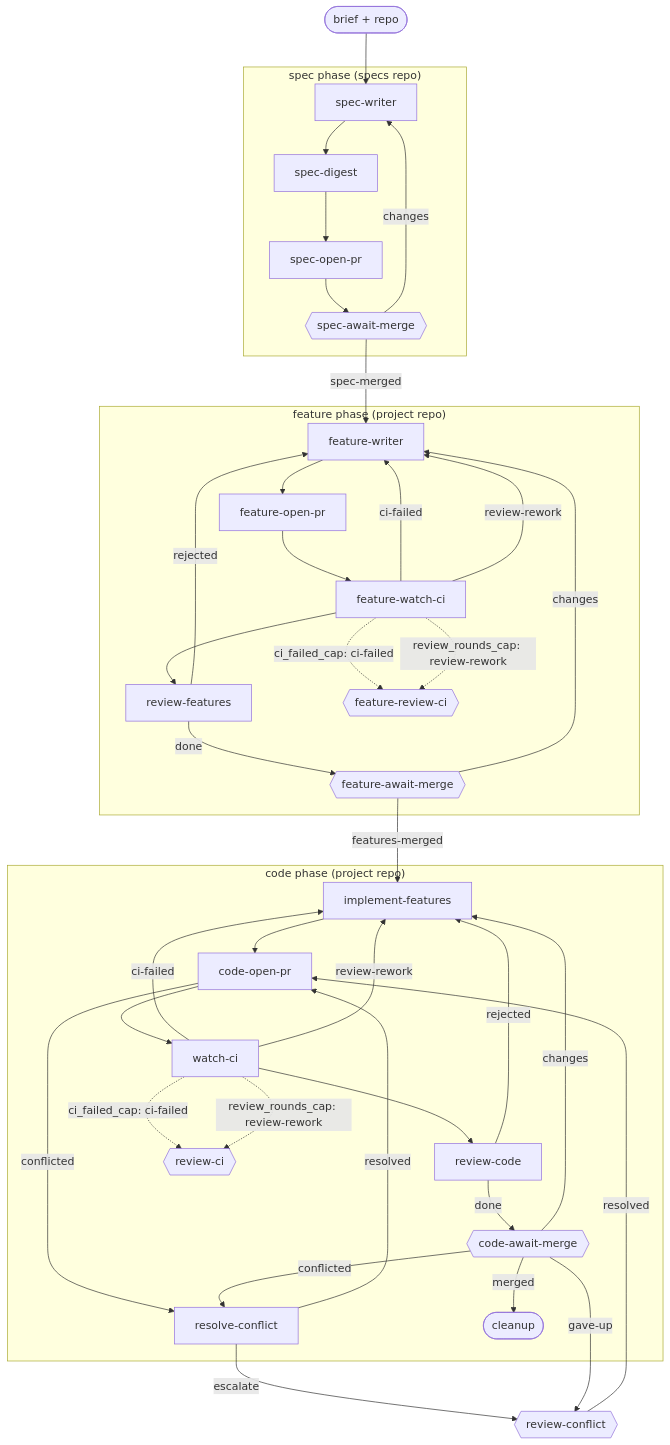
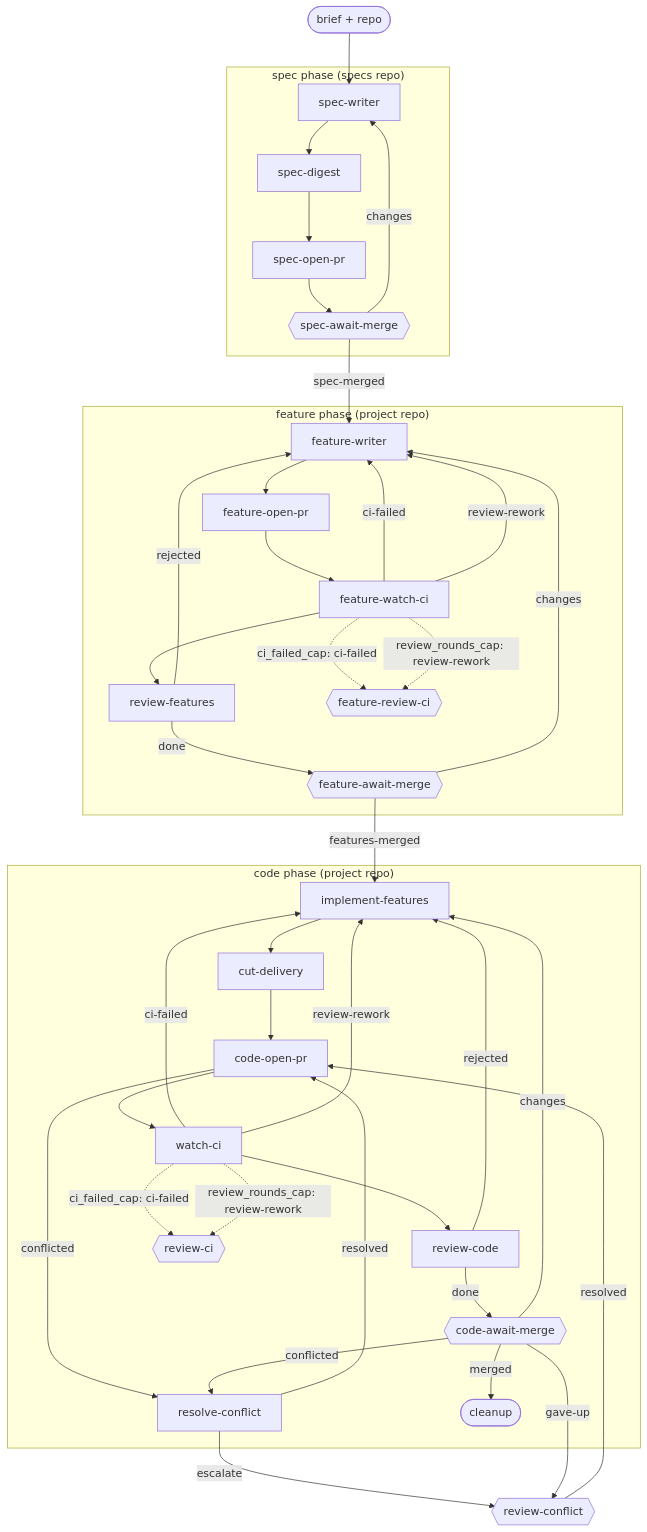
The diagram in docs/bdd-driven.md (kenmclennan/lightcycle-workflows), drawn with Mermaid before and after one commit. The commit also changed other lines of this file and 11 other files, not shown here.

First line of the commit message:
spec-driven and bdd-driven gain cut-delivery between the coder and (#390)

````diff
--- a/docs/bdd-driven.md
+++ b/docs/bdd-driven.md
@@ -15,37 +15,37 @@
 ```mermaid
 flowchart TD
     brief(["brief + repo"]) --> SW["spec-writer"]
     subgraph S ["spec phase (specs repo)"]
         SW --> SD["spec-digest"] --> SOP["spec-open-pr"] --> SAM{{"spec-await-merge"}}
         SAM -->|changes| SW
     end
     SAM -->|spec-merged| FW["feature-writer"]
     subgraph F ["feature phase (project repo)"]
         FW --> FOP["feature-open-pr"] --> FWCI["feature-watch-ci"] --> RF["review-features"]
         FWCI -->|ci-failed| FW
         FWCI -->|review-rework| FW
         FWCI -.->|"ci_failed_cap: ci-failed"| FRCI{{"feature-review-ci"}}
         FWCI -.->|"review_rounds_cap: review-rework"| FRCI
         RF -->|rejected| FW
         RF -->|done| FAM{{"feature-await-merge"}}
         FAM -->|changes| FW
     end
     FAM -->|features-merged| IF["implement-features"]
     subgraph C ["code phase (project repo)"]
-        IF --> COP["code-open-pr"] --> WCI["watch-ci"] --> RC["review-code"]
+        IF --> CD["cut-delivery"] --> COP["code-open-pr"] --> WCI["watch-ci"] --> RC["review-code"]
         WCI -->|ci-failed| IF
         WCI -->|review-rework| IF
         WCI -.->|"ci_failed_cap: ci-failed"| RCI{{"review-ci"}}
         WCI -.->|"review_rounds_cap: review-rework"| RCI
         RC -->|rejected| IF
         RC -->|done| CAM{{"code-await-merge"}}
         CAM -->|changes| IF
         COP -->|conflicted| RCF["resolve-conflict"]
         CAM -->|conflicted| RCF
         RCF -->|resolved| COP
         CAM -->|merged| CU(["cleanup"])
     end
     RCF -->|escalate| RCON{{"review-conflict"}}
     CAM -->|gave-up| RCON
     RCON -->|resolved| COP
 ```
````
